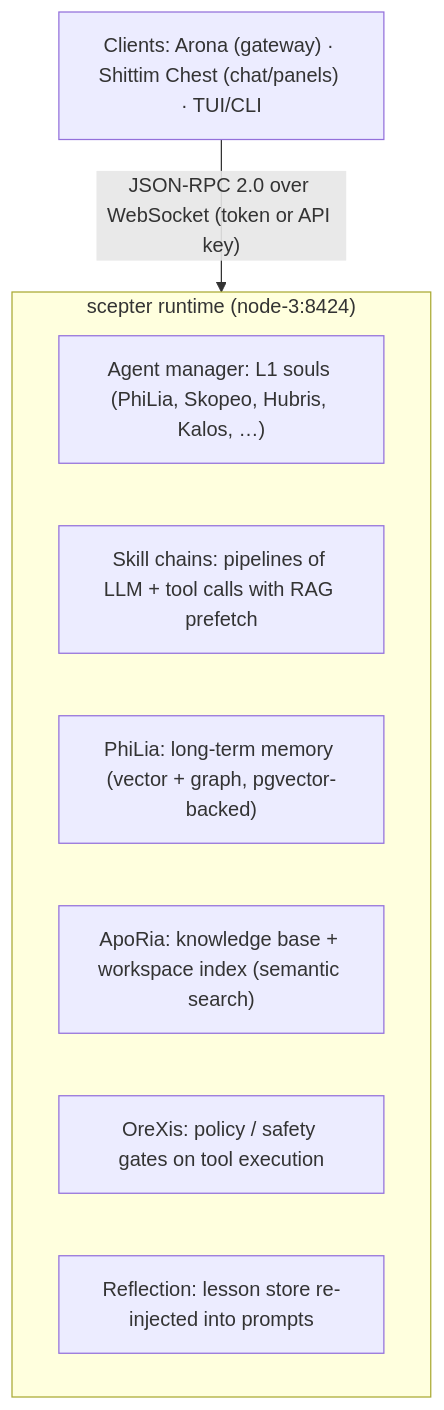
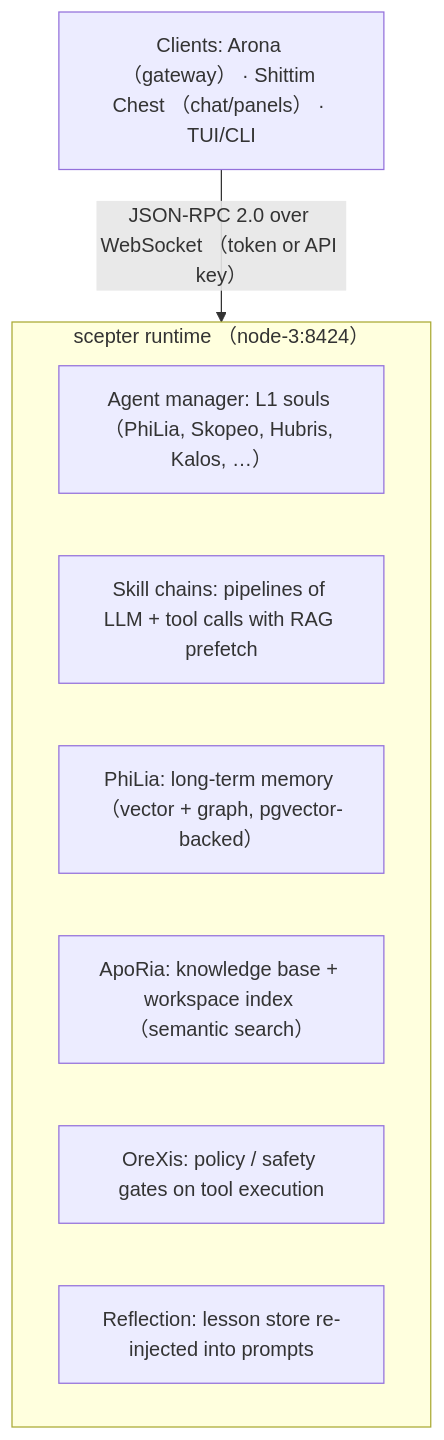
The diagram in docs/ar/platforms/entelecheia.md (celestia-island/docs.celestia.world), drawn with Mermaid before and after one commit. The commit also changed 35 other files, not shown here.

First line of the commit message:
📝 Convert ASCII parentheses in mermaid fences to fullwidth across languages. (#96)

````diff
--- a/docs/ar/platforms/entelecheia.md
+++ b/docs/ar/platforms/entelecheia.md
@@ -11,13 +11,13 @@
 ```mermaid
 flowchart TD
-    C["Clients: Arona (gateway) · Shittim Chest (chat/panels) · TUI/CLI"]
-    subgraph G["scepter runtime (node-3:8424)"]
-        N0["Agent manager: L1 souls (PhiLia, Skopeo, Hubris, Kalos, …)"]
+    C["Clients: Arona （gateway） · Shittim Chest （chat/panels） · TUI/CLI"]
+    subgraph G["scepter runtime （node-3:8424）"]
+        N0["Agent manager: L1 souls （PhiLia, Skopeo, Hubris, Kalos, …）"]
         N1["Skill chains: pipelines of LLM + tool calls with RAG prefetch"]
-        N2["PhiLia: long-term memory (vector + graph, pgvector-backed)"]
-        N3["ApoRia: knowledge base + workspace index (semantic search)"]
+        N2["PhiLia: long-term memory （vector + graph, pgvector-backed）"]
+        N3["ApoRia: knowledge base + workspace index （semantic search）"]
         N4["OreXis: policy / safety gates on tool execution"]
         N5["Reflection: lesson store re-injected into prompts"]
     end
-    C -->|"JSON-RPC 2.0 over WebSocket (token or API key)"| G
+    C -->|"JSON-RPC 2.0 over WebSocket （token or API key）"| G
 ```
````
